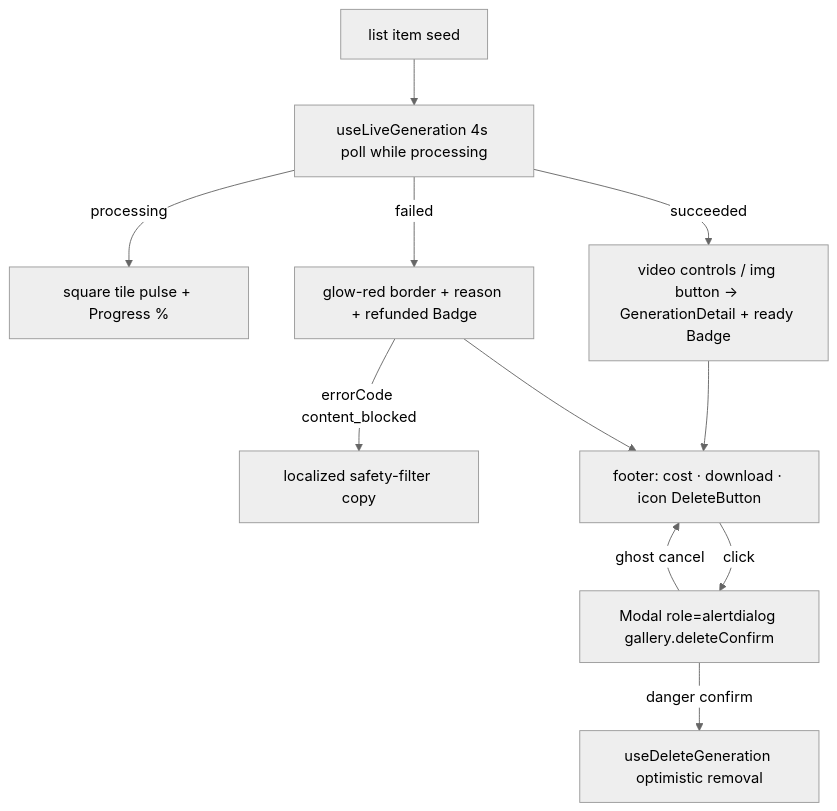
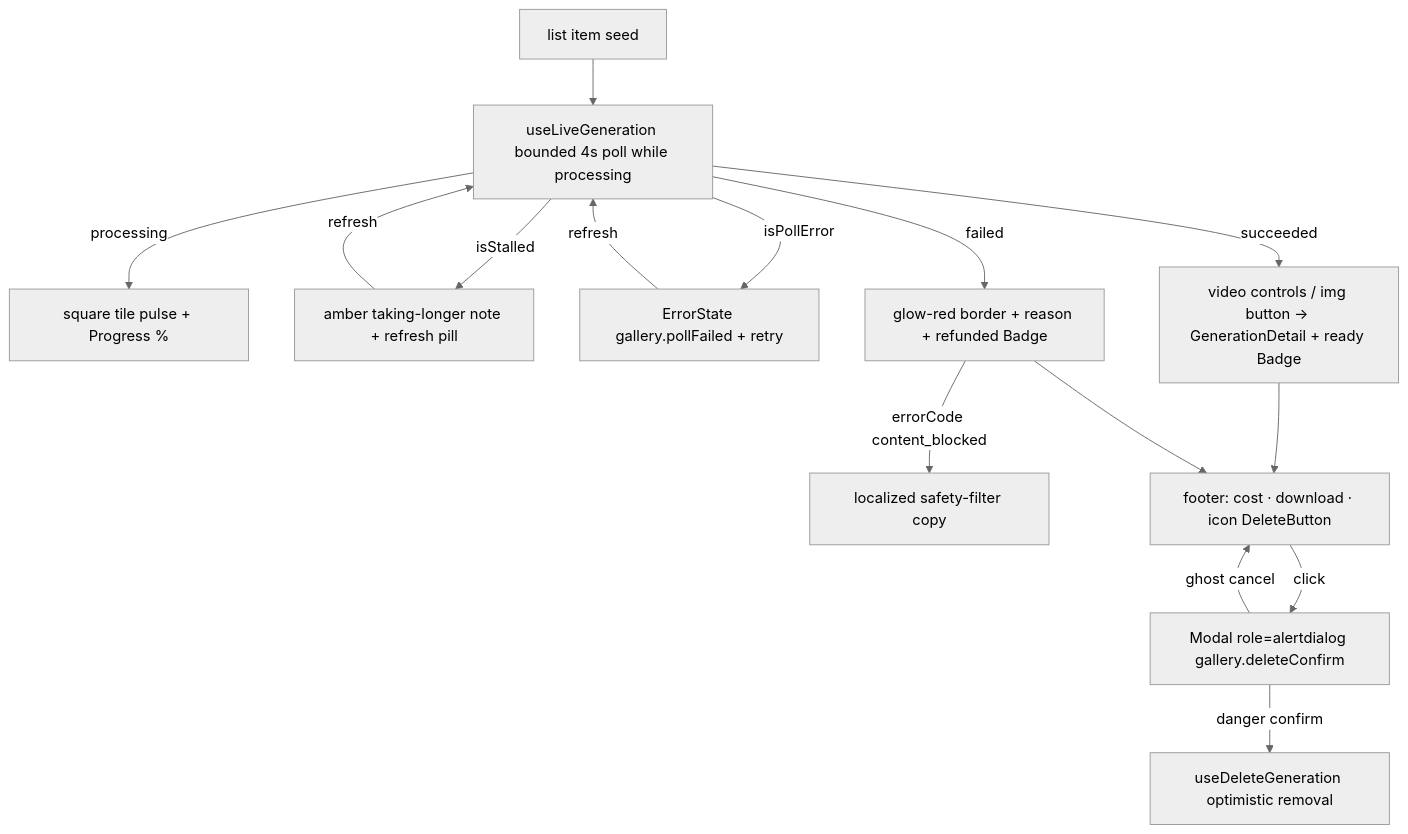
Before and after one commit to AzamatRaimbekov2/openCreate: the diagram in apps/web/src/modules/Gallery/components/GenerationCard.tsx.md, drawn with Mermaid (neutral theme). The commit also changed other lines of this file and 9 other files, not shown here.

Commit message:
fix(web): polling bounds + stalled/error card states

````diff
--- a/apps/web/src/modules/Gallery/components/GenerationCard.tsx.md
+++ b/apps/web/src/modules/Gallery/components/GenerationCard.tsx.md
@@ -45,12 +53,15 @@
 ```mermaid
 flowchart TD
-  SEED[list item seed] --> UL[useLiveGeneration 4s poll while processing]
+  SEED[list item seed] --> UL[useLiveGeneration bounded 4s poll while processing]
   UL -->|processing| P[square tile pulse + Progress %]
+  UL -->|isStalled| ST[amber taking-longer note + refresh pill]
+  UL -->|isPollError| PE[ErrorState gallery.pollFailed + retry]
+  ST & PE -->|refresh| UL
   UL -->|succeeded| S[video controls / img button -> GenerationDetail + ready Badge]
   UL -->|failed| F[glow-red border + reason + refunded Badge]
   F -->|errorCode content_blocked| CB[localized safety-filter copy]
   S & F --> A[footer: cost · download · icon DeleteButton]
   A -->|click| CD[Modal role=alertdialog gallery.deleteConfirm]
   CD -->|ghost cancel| A
   CD -->|danger confirm| DM[useDeleteGeneration optimistic removal]
 ```
````
